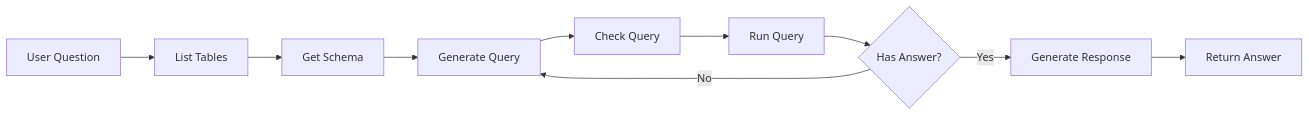
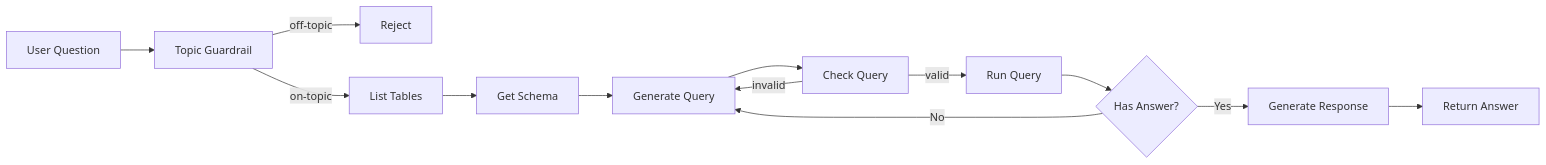
The second of 2 diagrams in README.md (bharatr21/clinical-trials-agent), drawn with Mermaid before and after one commit. The commit also changed other lines of this file and 13 other files, not shown here.

````diff
--- a/README.md
+++ b/README.md
@@ -82,12 +88,15 @@
 ```mermaid
 flowchart LR
-    A[User Question] --> B[List Tables]
+    A[User Question] --> G[Topic Guardrail]
+    G -->|off-topic| X[Reject]
+    G -->|on-topic| B[List Tables]
     B --> C[Get Schema]
     C --> D[Generate Query]
     D --> E[Check Query]
-    E --> F[Run Query]
-    F --> G{Has Answer?}
-    G -->|No| D
-    G -->|Yes| H[Generate Response]
-    H --> I[Return Answer]
+    E -->|valid| F[Run Query]
+    E -->|invalid| D
+    F --> H{Has Answer?}
+    H -->|No| D
+    H -->|Yes| I[Generate Response]
+    I --> J[Return Answer]
 ```
````
